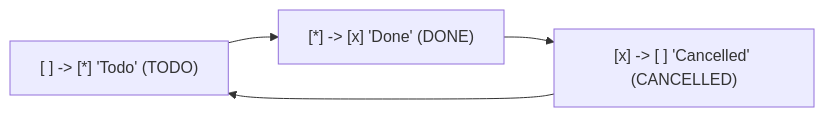
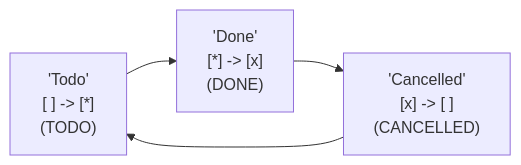
One commit to obsidian-tasks-group/obsidian-tasks changed the diagram in tests/DocumentationSamples/DocsSamplesForStatuses.test.DefaultStatuses_done-toggles-to-cancelled-with-unconventional-symbols.approved.detailed.mermaid.md. Above: the diagram before and after it, drawn with Mermaid. The commit also changed 5 other files, not shown here.

Commit message:
test: Make the detailed Mermaid diagrams take less width

````diff
--- a/tests/DocumentationSamples/DocsSamplesForStatuses.test.DefaultStatuses_done-toggles-to-cancelled-with-unconventional-symbols.approved.detailed.mermaid.md
+++ b/tests/DocumentationSamples/DocsSamplesForStatuses.test.DefaultStatuses_done-toggles-to-cancelled-with-unconventional-symbols.approved.detailed.mermaid.md
@@ -2,9 +2,9 @@
 ```mermaid
 flowchart LR
-1["[ ] -> [*] 'Todo' (TODO)"]
-2["[*] -> [x] 'Done' (DONE)"]
-3["[x] -> [ ] 'Cancelled' (CANCELLED)"]
+1["'Todo'<br>[ ] -> [*]<br>(TODO)"]
+2["'Done'<br>[*] -> [x]<br>(DONE)"]
+3["'Cancelled'<br>[x] -> [ ]<br>(CANCELLED)"]
 1 --> 2
 2 --> 3
 3 --> 1
 ```
````
